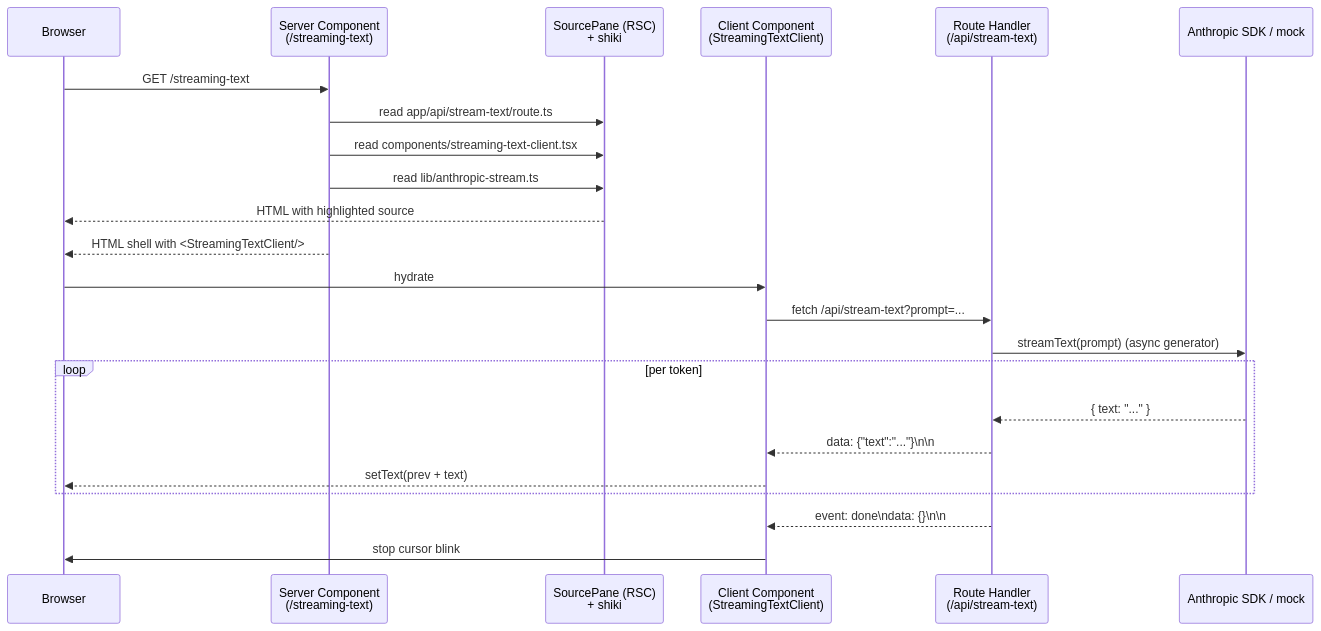
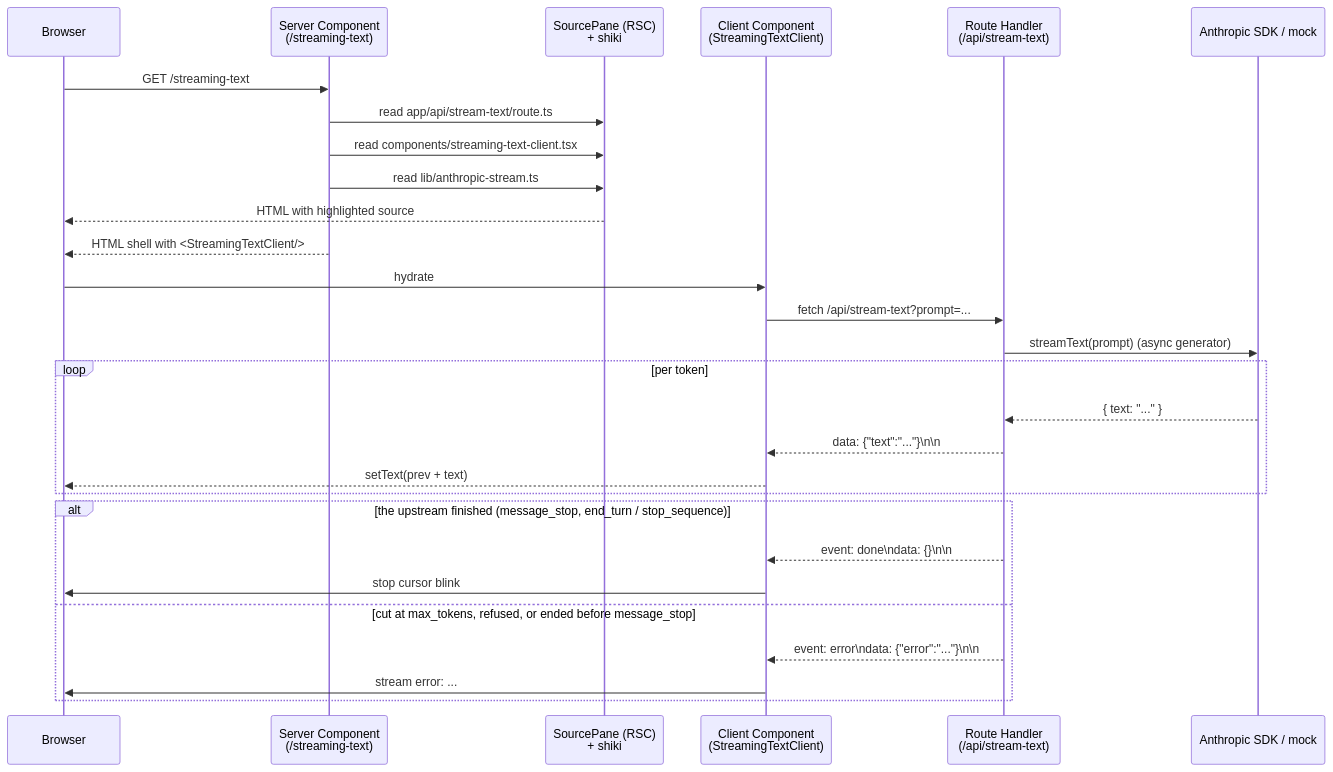
The diagram in docs/architecture.md (jt-mchorse/nextjs-streaming-ai-patterns), drawn with Mermaid before and after one commit. The commit also changed other lines of this file and 4 other files, not shown here.

First line of the commit message:
fix(stream-text): a live answer ends in event: done only when the upstream finished it (#167) (#168)

````diff
--- a/docs/architecture.md
+++ b/docs/architecture.md
@@ -60,26 +60,31 @@
 ```mermaid
 sequenceDiagram
   participant B as Browser
   participant P as Server Component<br/>(/streaming-text)
   participant S as SourcePane (RSC)<br/>+ shiki
   participant C as Client Component<br/>(StreamingTextClient)
   participant R as Route Handler<br/>(/api/stream-text)
   participant A as Anthropic SDK / mock
 
   B->>P: GET /streaming-text
   P->>S: read app/api/stream-text/route.ts
   P->>S: read components/streaming-text-client.tsx
   P->>S: read lib/anthropic-stream.ts
   S-->>B: HTML with highlighted source
   P-->>B: HTML shell with <StreamingTextClient/>
   B->>C: hydrate
   C->>R: fetch /api/stream-text?prompt=...
   R->>A: streamText(prompt) (async generator)
   loop per token
     A-->>R: { text: "..." }
     R-->>C: data: {"text":"..."}\n\n
     C-->>B: setText(prev + text)
   end
-  R-->>C: event: done\ndata: {}\n\n
-  C->>B: stop cursor blink
+  alt the upstream finished (message_stop, end_turn / stop_sequence)
+    R-->>C: event: done\ndata: {}\n\n
+    C->>B: stop cursor blink
+  else cut at max_tokens, refused, or ended before message_stop
+    R-->>C: event: error\ndata: {"error":"..."}\n\n
+    C->>B: stream error: ...
+  end
 ```
````
